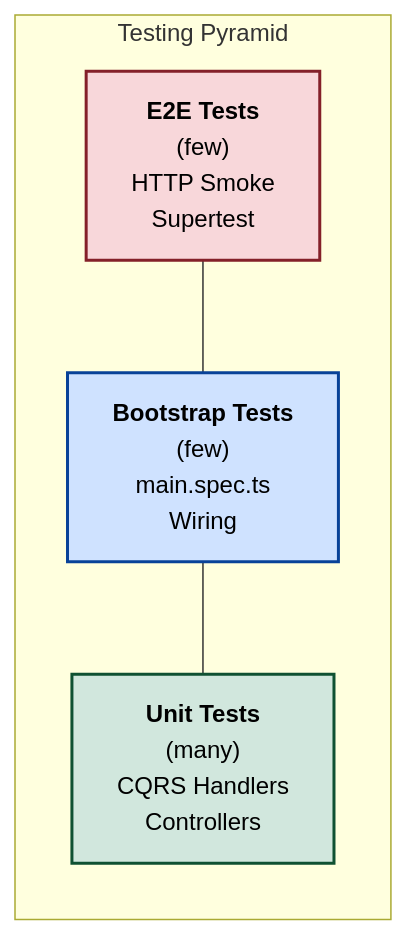
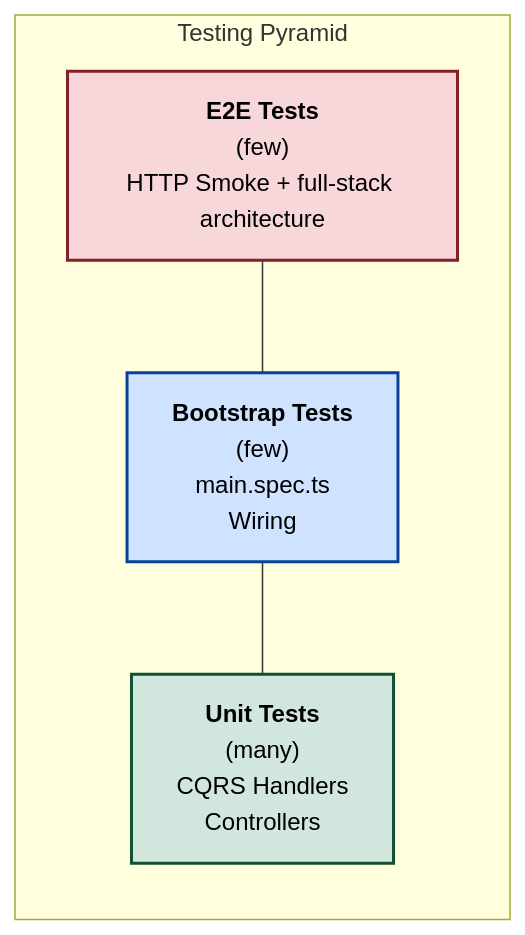
Before and after one commit to matteoventuri7/WHS: diagram 12 of 12 in docs/software-architecture-report.md, drawn with Mermaid. The commit also changed other lines of this file and 2 other files, not shown here.

Commit message:
fix: enhance testing documentation to include full-stack architecture e2e harness details

````diff
--- a/docs/software-architecture-report.md
+++ b/docs/software-architecture-report.md
@@ -986,21 +986,21 @@
 ```mermaid
 graph TD
     subgraph "Testing Pyramid"
     direction BT
         U["<b>Unit Tests</b><br/>(many)<br/>CQRS Handlers<br/>Controllers"]
         B["<b>Bootstrap Tests</b><br/>(few)<br/>main.spec.ts<br/>Wiring"]
-        E2E["<b>E2E Tests</b><br/>(few)<br/>HTTP Smoke<br/>Supertest"]
+        E2E["<b>E2E Tests</b><br/>(few)<br/>HTTP Smoke + full-stack architecture"]
 
         U --- B
         B --- E2E
     end
 
     classDef default fill:#f9f9f9,stroke:#333,stroke-width:1px,color:#000;
     classDef unit fill:#d1e7dd,stroke:#0f5132,stroke-width:2px,color:#000;
     classDef bootstrap fill:#cfe2ff,stroke:#084298,stroke-width:2px,color:#000;
     classDef e2e fill:#f8d7da,stroke:#842029,stroke-width:2px,color:#000;
 
     class U unit
     class B bootstrap
     class E2E e2e
 ```
````
